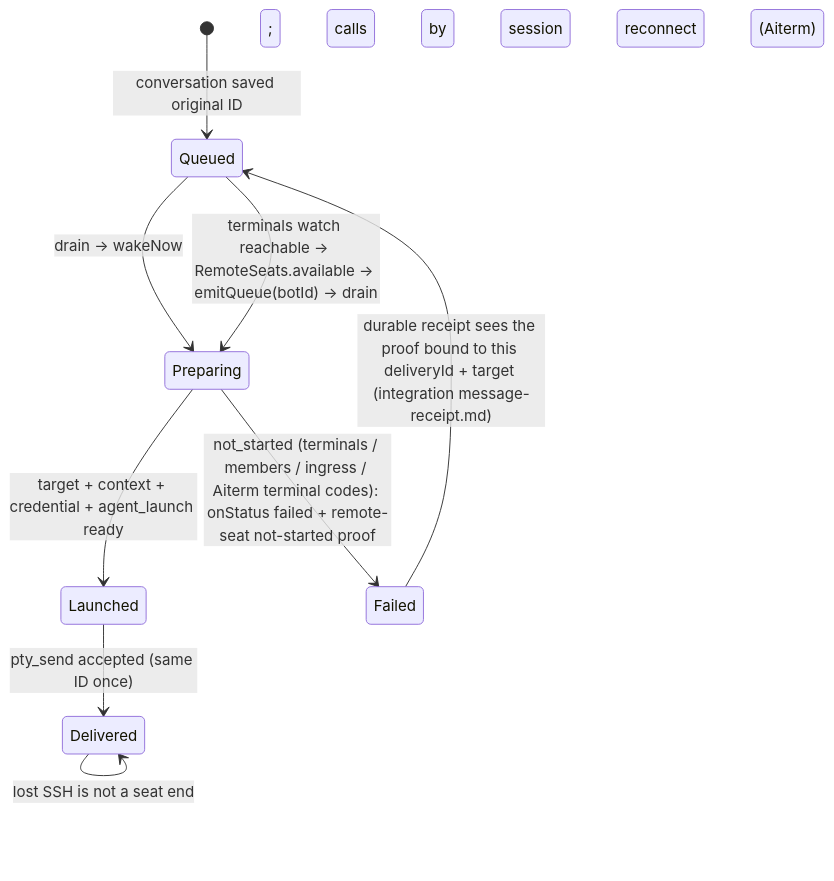
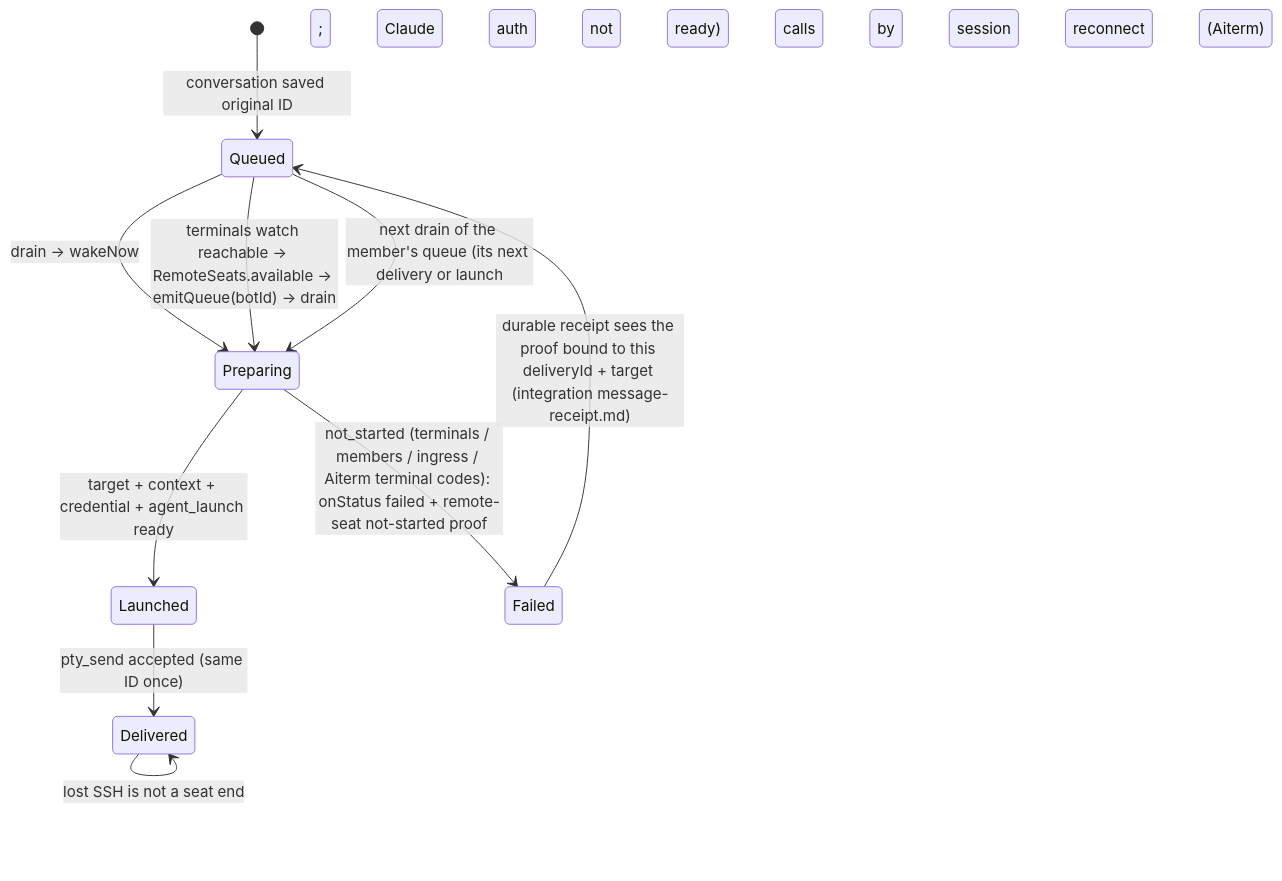
The second of 2 diagrams in docs/architecture/modules/execution/remote-seat.md (kitepon/BellTeam), drawn with Mermaid before and after one commit. The commit also changed other lines of this file and 2 other files, not shown here.

First line of the commit message:
Remote seat: Claude auth not ready is a not-started launch

````diff
--- a/docs/architecture/modules/execution/remote-seat.md
+++ b/docs/architecture/modules/execution/remote-seat.md
@@ -82,11 +82,12 @@
 ```mermaid
 stateDiagram-v2
   [*] --> Queued: conversation saved original ID
   Queued --> Preparing: drain -> wakeNow
   Preparing --> Launched: target + context + credential + agent_launch ready
   Preparing --> Failed: not_started (terminals / members / ingress / Aiterm terminal codes): onStatus failed + remote-seat not-started proof
   Failed --> Queued: durable receipt sees the proof bound to this deliveryId + target (integration message-receipt.md)
   Launched --> Delivered: pty_send accepted (same ID once)
   Queued --> Preparing: terminals watch reachable -> RemoteSeats.available -> emitQueue(botId) -> drain
+  Queued --> Preparing: next drain of the member's queue (its next delivery or launch; Claude auth not ready)
   Delivered --> Delivered: lost SSH is not a seat end; calls by session reconnect (Aiterm)
 ```
````
